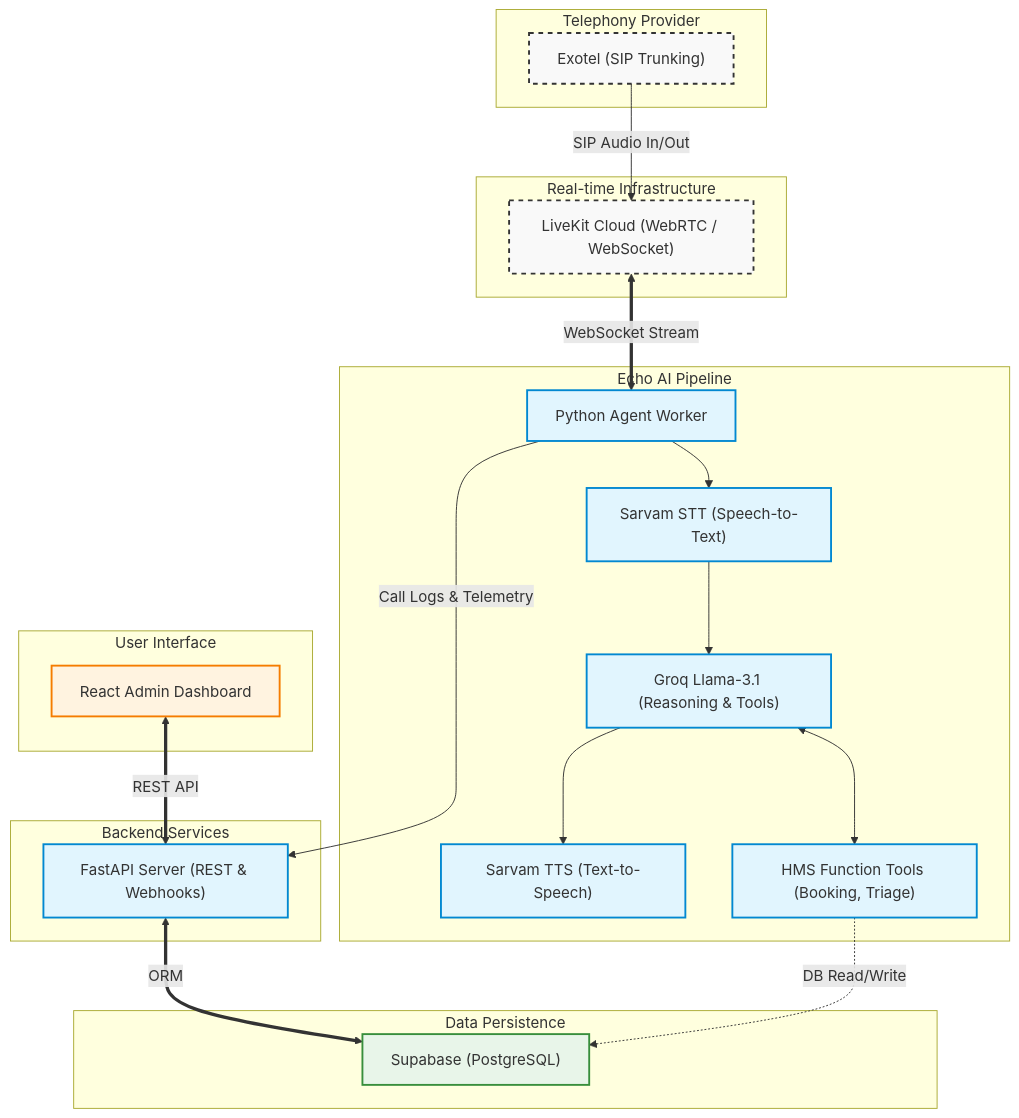
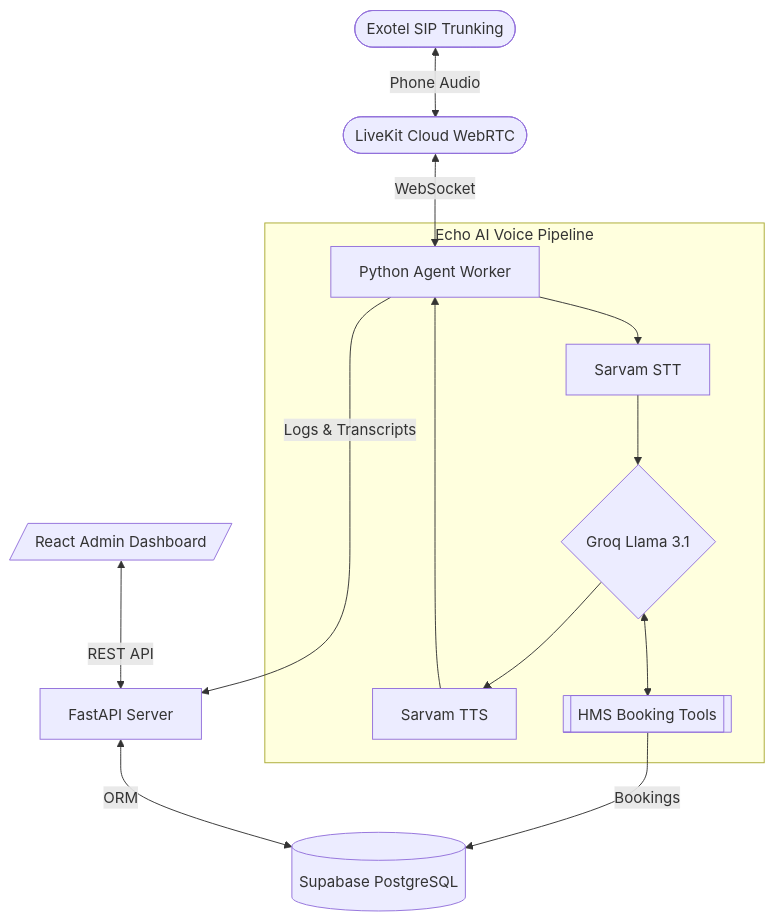
Before and after one commit to Ares19v/Echo: the diagram in README.md, drawn with Mermaid.

Commit message:
docs: Clean up Mermaid diagram styling for dark mode support

````diff
--- a/README.md
+++ b/README.md
@@ -36,50 +36,35 @@
 ```mermaid
-graph TD
-    %% Styling
-    classDef external fill:#f9f9f9,stroke:#333,stroke-width:2px,stroke-dasharray: 5 5;
-    classDef core fill:#e1f5fe,stroke:#0288d1,stroke-width:2px;
-    classDef data fill:#e8f5e9,stroke:#388e3c,stroke-width:2px;
-    classDef frontend fill:#fff3e0,stroke:#f57c00,stroke-width:2px;
-
-    %% Nodes
-    subgraph "Telephony Provider"
-        Exotel["Exotel (SIP Trunking)"]:::external
+flowchart TD
+    %% External
+    Exotel([Exotel SIP Trunking])
+    
+    %% Infrastructure
+    LiveKit([LiveKit Cloud WebRTC])
+    
+    %% AI Pipeline
+    subgraph "Echo AI Voice Pipeline"
+        Worker[Python Agent Worker]
+        STT[Sarvam STT]
+        LLM{Groq Llama 3.1}
+        TTS[Sarvam TTS]
+        Tools[[HMS Booking Tools]]
+        
+        Worker --> STT --> LLM --> TTS --> Worker
+        LLM <--> Tools
     end
-
-    subgraph "Real-time Infrastructure"
-        LiveKit["LiveKit Cloud (WebRTC / WebSocket)"]:::external
-    end
-
-    subgraph "Echo AI Pipeline"
-        Worker["Python Agent Worker"]:::core
-        STT["Sarvam STT (Speech-to-Text)"]:::core
-        LLM["Groq Llama-3.1 (Reasoning & Tools)"]:::core
-        TTS["Sarvam TTS (Text-to-Speech)"]:::core
-        Tools["HMS Function Tools (Booking, Triage)"]:::core
-        
-        Worker --> STT
-        STT --> LLM
-        LLM <--> Tools
-        LLM --> TTS
-    end
-
-    subgraph "Backend Services"
-        FastAPI["FastAPI Server (REST & Webhooks)"]:::core
-    end
-
-    subgraph "Data Persistence"
-        Supabase["Supabase (PostgreSQL)"]:::data
-    end
-
-    subgraph "User Interface"
-        Dashboard["React Admin Dashboard"]:::frontend
-    end
-
-    %% Flow
-    Exotel -- "SIP Audio In/Out" --> LiveKit
-    LiveKit <== "WebSocket Stream" ==> Worker
-    Worker -- "Call Logs & Telemetry" --> FastAPI
-    FastAPI <== "ORM" ==> Supabase
-    Tools -. "DB Read/Write" .-> Supabase
-    Dashboard <== "REST API" ==> FastAPI
+    
+    %% Backend & Data
+    FastAPI[FastAPI Server]
+    Supabase[(Supabase PostgreSQL)]
+    Dashboard[/React Admin Dashboard/]
+    
+    %% Main Flow
+    Exotel <-->|Phone Audio| LiveKit
+    LiveKit <-->|WebSocket| Worker
+    
+    %% Data Flow
+    Worker -->|Logs & Transcripts| FastAPI
+    Tools -->|Bookings| Supabase
+    FastAPI <-->|ORM| Supabase
+    Dashboard <-->|REST API| FastAPI
 ```
````
